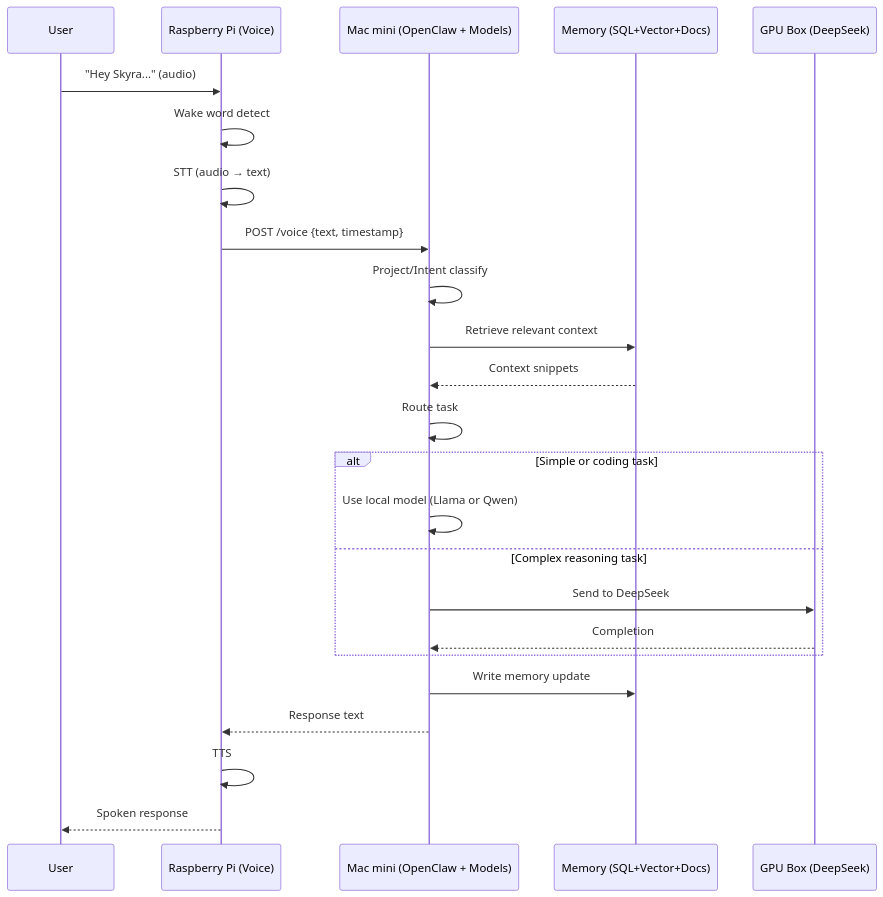
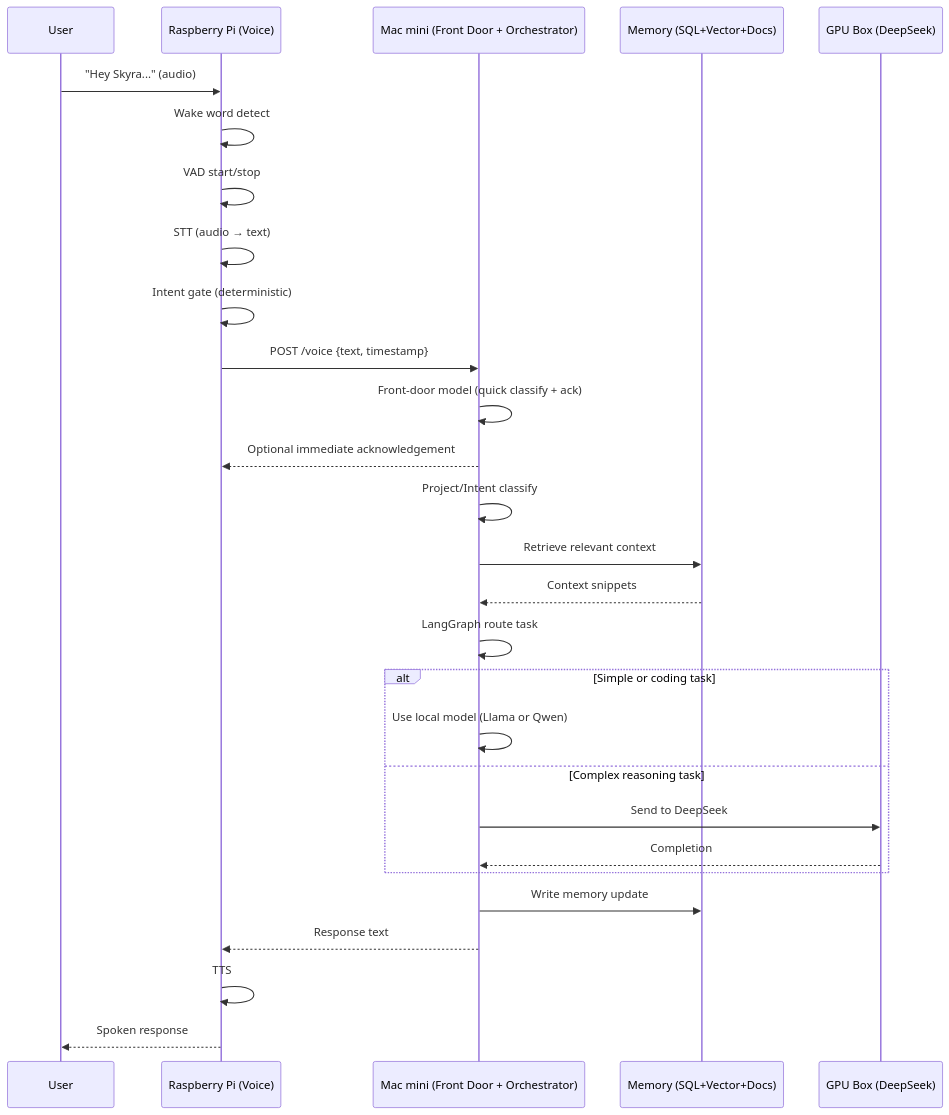
The third of 3 diagrams in docs/arch/v1/scyra.md (m-scanlon/tony-stark-was-able-tobuild-this-in-a-cave), drawn with Mermaid before and after one commit. The commit also changed other lines of this file and 78 other files, not shown here.

Commit message:
Implement listener/control-plane scaffolding, context compression, and architecture docs updates

````diff
--- a/docs/arch/v1/scyra.md
+++ b/docs/arch/v1/scyra.md
@@ -288,30 +297,34 @@
 ```mermaid
 sequenceDiagram
   participant User
   participant Pi as Raspberry Pi (Voice)
-  participant Mac as Mac mini (OpenClaw + Models)
+  participant Mac as Mac mini (Front Door + Orchestrator)
   participant DB as Memory (SQL+Vector+Docs)
   participant GPU as GPU Box (DeepSeek)
 
   User->>Pi: "Hey Skyra..." (audio)
   Pi->>Pi: Wake word detect
+  Pi->>Pi: VAD start/stop
   Pi->>Pi: STT (audio → text)
+  Pi->>Pi: Intent gate (deterministic)
   Pi->>Mac: POST /voice {text, timestamp}
 
+  Mac->>Mac: Front-door model (quick classify + ack)
+  Mac-->>Pi: Optional immediate acknowledgement
   Mac->>Mac: Project/Intent classify
   Mac->>DB: Retrieve relevant context
   DB-->>Mac: Context snippets
 
-  Mac->>Mac: Route task
+  Mac->>Mac: LangGraph route task
   alt Simple or coding task
     Mac->>Mac: Use local model (Llama or Qwen)
   else Complex reasoning task
     Mac->>GPU: Send to DeepSeek
     GPU-->>Mac: Completion
   end
 
   Mac->>DB: Write memory update
   Mac-->>Pi: Response text
   Pi->>Pi: TTS
   Pi-->>User: Spoken response
 ```
````
